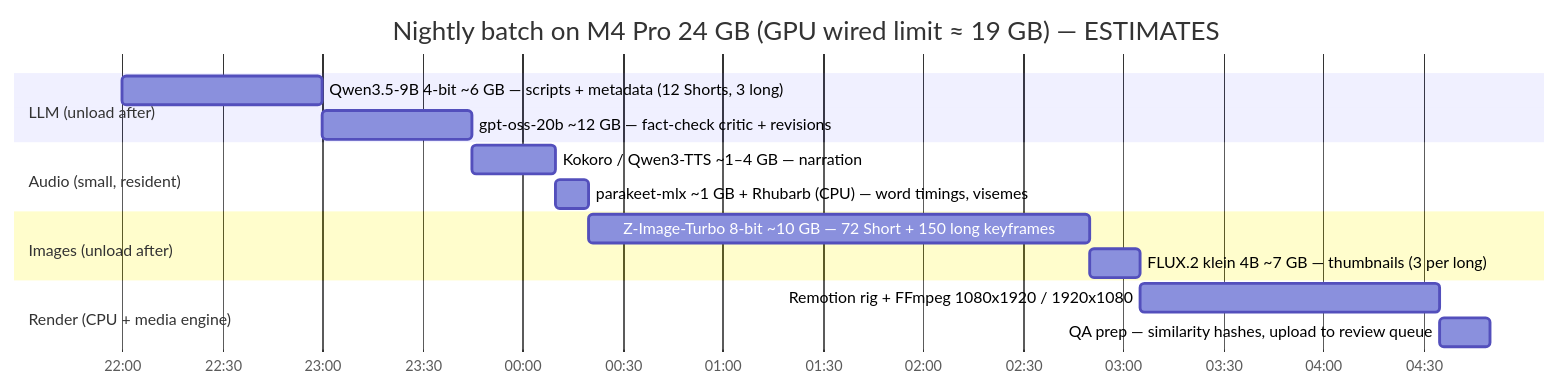
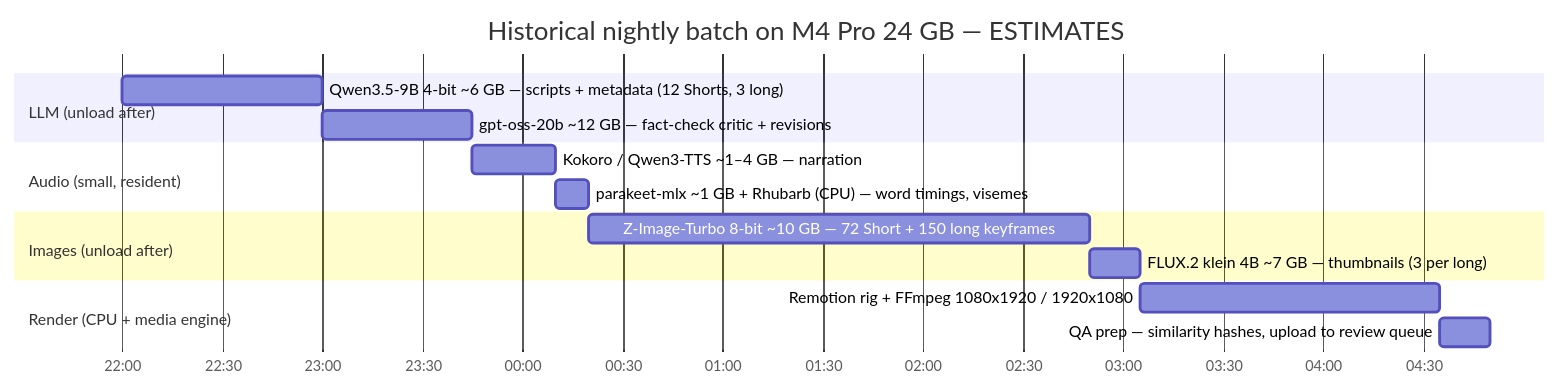
One commit to bibekgupta3333/instagram_automation changed the first of 2 diagrams in docs/4-production/14-local-models-mac-m4.md. Above: the diagram before and after it, drawn with Mermaid. The commit also changed other lines of this file and 47 other files, not shown here.

````diff
--- a/docs/4-production/14-local-models-mac-m4.md
+++ b/docs/4-production/14-local-models-mac-m4.md
@@ -184,18 +186,18 @@
 ```mermaid
 gantt
-    title Nightly batch on M4 Pro 24 GB (GPU wired limit ≈ 19 GB) — ESTIMATES
+    title Historical nightly batch on M4 Pro 24 GB — ESTIMATES
     dateFormat HH:mm
     axisFormat %H:%M
     section LLM (unload after)
     Qwen3.5-9B 4-bit ~6 GB — scripts + metadata (12 Shorts, 3 long)   :a1, 22:00, 60m
     gpt-oss-20b ~12 GB — fact-check critic + revisions               :a2, after a1, 45m
     section Audio (small, resident)
     Kokoro / Qwen3-TTS ~1–4 GB — narration                           :b1, after a2, 25m
     parakeet-mlx ~1 GB + Rhubarb (CPU) — word timings, visemes       :b2, after b1, 10m
     section Images (unload after)
     Z-Image-Turbo 8-bit ~10 GB — 72 Short + 150 long keyframes       :c1, after b2, 150m
     FLUX.2 klein 4B ~7 GB — thumbnails (3 per long)                  :c2, after c1, 15m
     section Render (CPU + media engine)
     Remotion rig + FFmpeg 1080x1920 / 1920x1080                      :d1, after c2, 90m
     QA prep — similarity hashes, upload to review queue              :d2, after d1, 15m
 ```
````
